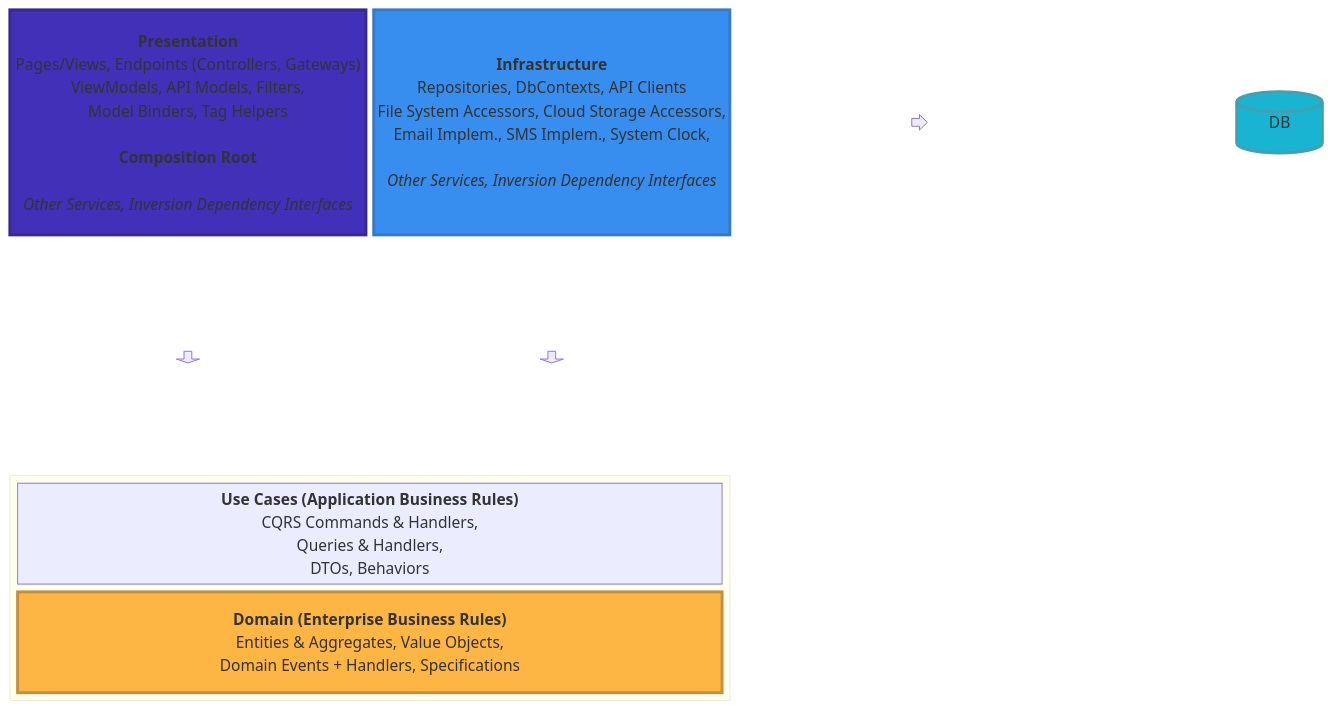
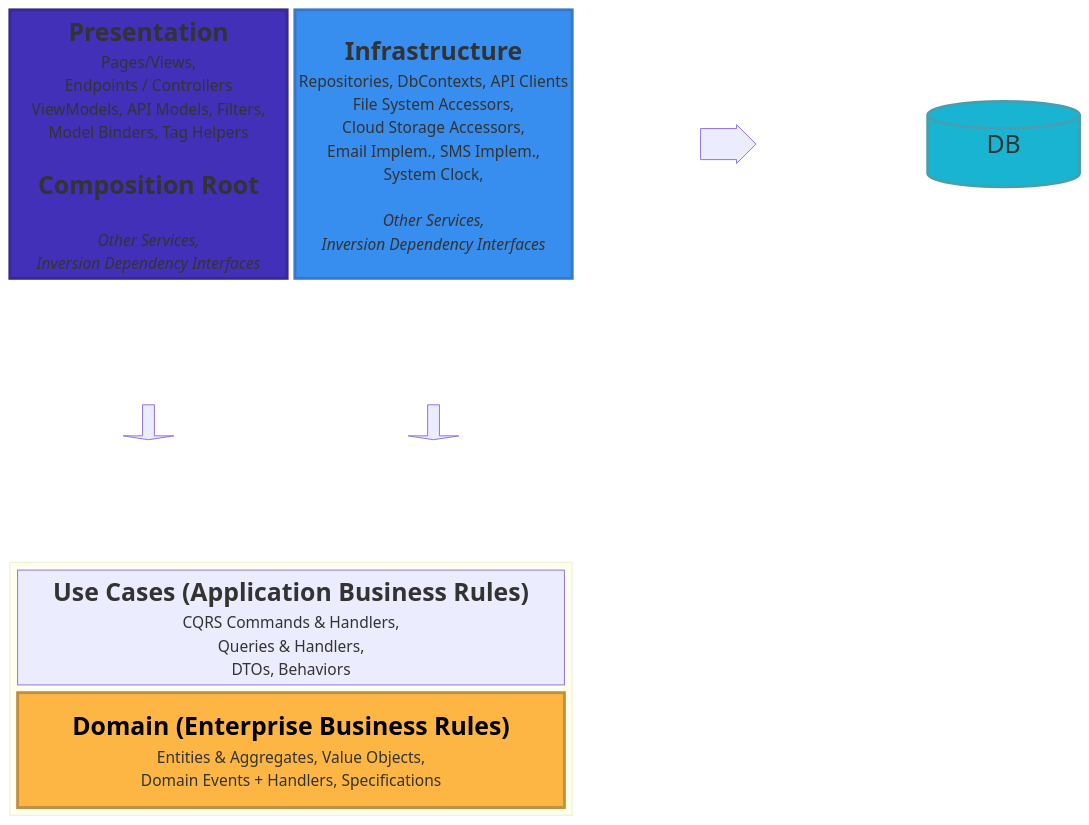
The diagram in README.md (matthewcorven/DaySpaPet), drawn with Mermaid before and after one commit. The commit also changed 52 other files, not shown here.

````diff
--- a/README.md
+++ b/README.md
@@ -79,22 +79,22 @@
 ```mermaid
 block-beta
 	columns 4
 	
-	presentation["<strong>Presentation</strong><br>Pages/Views, Endpoints (Controllers, Gateways)<br>ViewModels, API Models, Filters,<br>Model Binders, Tag Helpers<br><br><strong>Composition Root</strong><br><br><em>Other Services, Inversion Dependency Interfaces</em>"]
-	infra["<strong>Infrastructure</strong><br>Repositories, DbContexts, API Clients<br>File System Accessors, Cloud Storage Accessors,<br>Email Implem., SMS Implem., System Clock,<br><br><em>Other Services, Inversion Dependency Interfaces</em>"]
-	right1<[" "]>(right)
-	db[("&nbsp;&nbsp;&nbsp;&nbsp;&nbsp;&nbsp; DB  &nbsp;&nbsp;&nbsp;&nbsp;&nbsp;&nbsp;")]
+	presentation["<span style='font-size: 1.6em'><strong>Presentation</strong></span><br>Pages/Views,<br>Endpoints / Controllers<br>ViewModels, API Models, Filters,<br>Model Binders, Tag Helpers<br><br><span style='font-size: 1.6em'><strong>Composition Root</strong></span><br><br><em>Other Services,<br>Inversion Dependency Interfaces</em>"]
+	infra["<span style='font-size: 1.6em'><strong>Infrastructure</strong></span><br>Repositories, DbContexts, API Clients<br>File System Accessors,<br>Cloud Storage Accessors,<br>Email Implem., SMS Implem.,<br>System Clock,<br><br><em> Other Services,<br>Inversion Dependency Interfaces</em>"]
+	right1<["&nbsp;&nbsp;&nbsp;&nbsp;&nbsp;&nbsp;&nbsp;"]>(right)
+	db[("&nbsp;&nbsp;&nbsp;&nbsp;&nbsp;&nbsp;&nbsp;&nbsp;&nbsp;&nbsp;&nbsp;&nbsp;<span style='font-size: 1.6em'> DB </span> &nbsp;&nbsp;&nbsp;&nbsp;&nbsp;&nbsp;&nbsp;&nbsp;&nbsp;&nbsp;&nbsp;&nbsp;")]
 
-	down2<[" "]>(down) down3<[" "]>(down) space space
+	down2<["&nbsp;"]>(down) down3<["&nbsp;"]>(down) space space
 
 	block:core:2
 	  columns 1
-	  usecases["<strong>Use Cases (Application Business Rules)</strong><br>CQRS Commands & Handlers,<br>Queries & Handlers,<br>DTOs, Behaviors "]
-	  domain["<strong>Domain (Enterprise Business Rules)</strong><br>Entities & Aggregates, Value Objects,<br>Domain Events + Handlers, Specifications"]
+	  usecases["<span style='font-size: 1.6em'><strong>Use Cases (Application Business Rules)</strong></span><br>CQRS Commands & Handlers,<br>Queries & Handlers,<br>DTOs, Behaviors "]
+	  domain["<span style='font-size: 1.6em; color: initial;'><strong>Domain (Enterprise Business Rules)</strong></span><br>Entities & Aggregates, Value Objects,<br>Domain Events + Handlers, Specifications"]
 	end
 
 	style presentation fill:#4330b8,stroke:#392892,stroke-width:3px
 	style infra fill:#388eee,stroke:#3778c9,stroke-width:3px
 	style domain fill:#fdb643,stroke:#c18f44,stroke-width:3px,color:#000
 	style db fill:#19b4d2,stroke:#469fb0,stroke-width:3px;,min-width:100px
 ```
````
